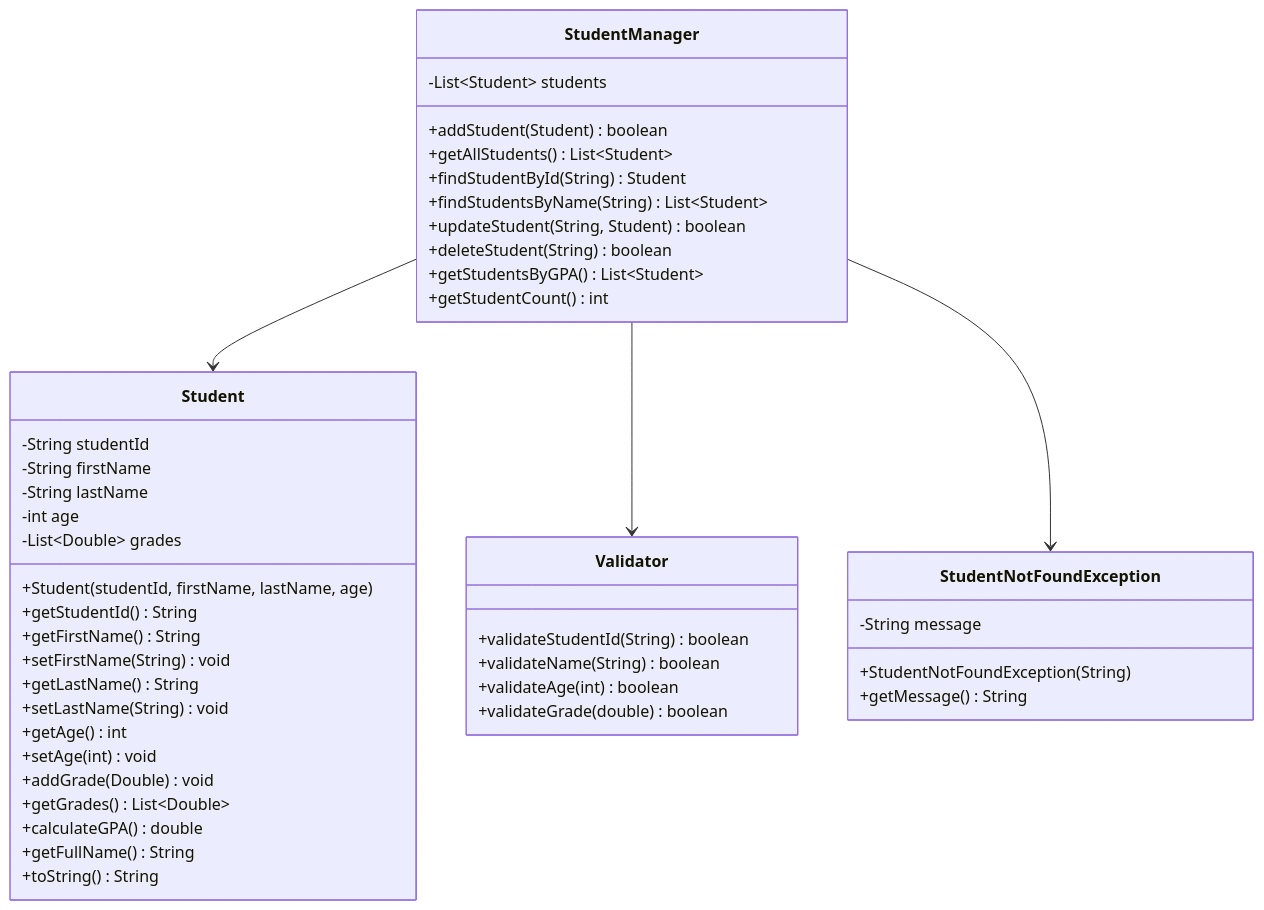
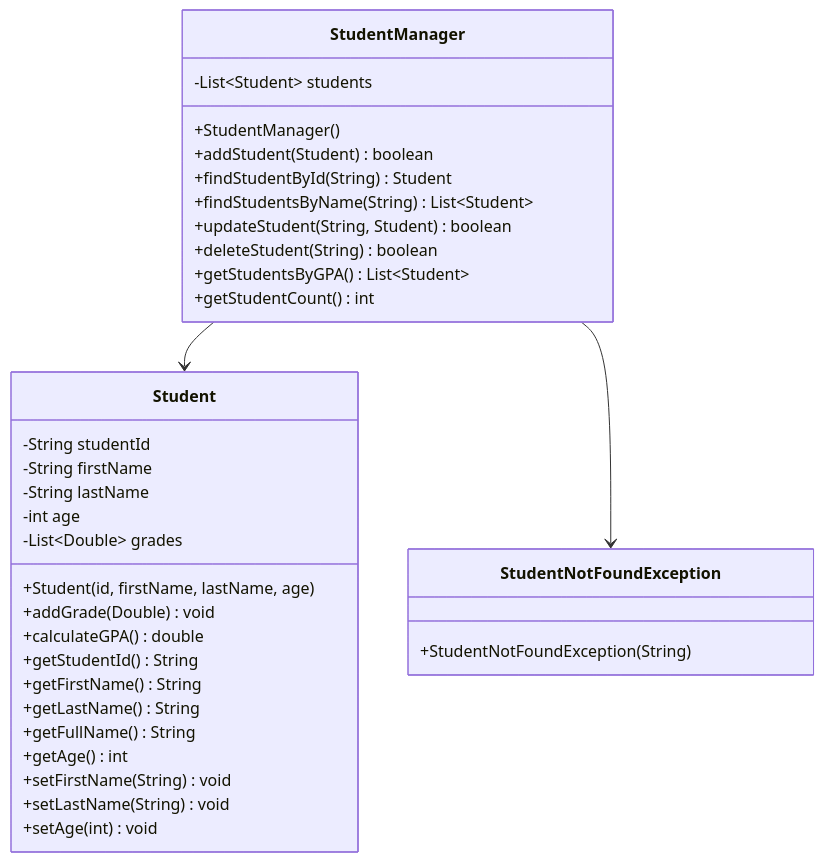
One commit to javaengineeringacademy/java-engineering-academy changed the second of 2 diagrams in 01-programming-languages/Java/02-oop/33-mini-projects/beginner/student-management/README.md. Above: the diagram before and after it, drawn with Mermaid. The commit also changed other lines of this file and 48 other files, not shown here.

First line of the commit message:
fix: final polish for 10/10 - split long READMEs, fix duplicates, add diagrams

````diff
--- a/01-programming-languages/Java/02-oop/33-mini-projects/beginner/student-management/README.md
+++ b/01-programming-languages/Java/02-oop/33-mini-projects/beginner/student-management/README.md
@@ -105,52 +100,40 @@
 ```mermaid
 classDiagram
     class Student {
         -String studentId
         -String firstName
         -String lastName
         -int age
         -List~Double~ grades
-        +Student(studentId, firstName, lastName, age)
+        +Student(id, firstName, lastName, age)
+        +addGrade(Double) void
+        +calculateGPA() double
         +getStudentId() String
         +getFirstName() String
+        +getLastName() String
+        +getFullName() String
+        +getAge() int
         +setFirstName(String) void
-        +getLastName() String
         +setLastName(String) void
-        +getAge() int
         +setAge(int) void
-        +addGrade(Double) void
-        +getGrades() List~Double~
-        +calculateGPA() double
-        +getFullName() String
-        +toString() String
     }
     
     class StudentManager {
         -List~Student~ students
+        +StudentManager()
         +addStudent(Student) boolean
-        +getAllStudents() List~Student~
         +findStudentById(String) Student
         +findStudentsByName(String) List~Student~
         +updateStudent(String, Student) boolean
         +deleteStudent(String) boolean
         +getStudentsByGPA() List~Student~
         +getStudentCount() int
     }
     
-    class Validator {
-        +validateStudentId(String) boolean
-        +validateName(String) boolean
-        +validateAge(int) boolean
-        +validateGrade(double) boolean
-    }
-    
     class StudentNotFoundException {
-        -String message
         +StudentNotFoundException(String)
-        +getMessage() String
     }
     
     StudentManager --> Student
-    StudentManager --> Validator
     StudentManager --> StudentNotFoundException
 ```
````
